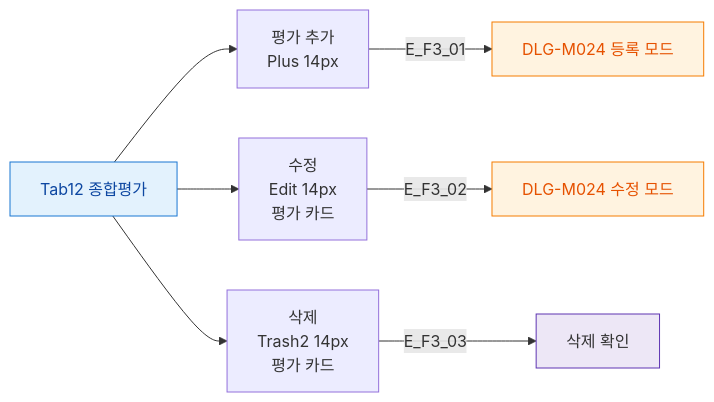
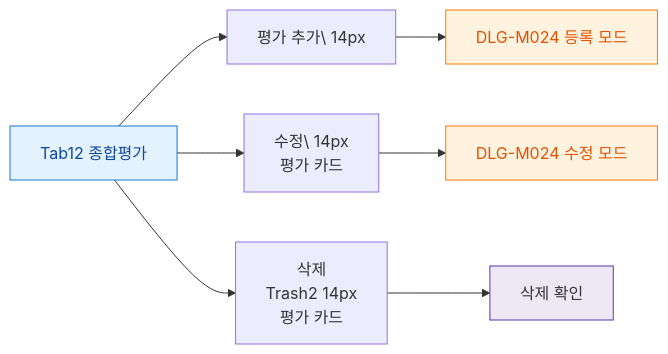
One commit to dev-spogym/admin-pando changed the diagram in docs/다이어그램/D02_회원관리/SCR-M004_회원상세/Tab12_종합평가/F3_버튼액션.md. Above: the diagram before and after it, drawn with Mermaid. The commit also changed other lines of this file and 1660 other files, not shown here.

First line of the commit message:
다이어그램: 기획자/클라이언트 납품본으로 정리

````diff
--- a/docs/다이어그램/D02_회원관리/SCR-M004_회원상세/Tab12_종합평가/F3_버튼액션.md
+++ b/docs/다이어그램/D02_회원관리/SCR-M004_회원상세/Tab12_종합평가/F3_버튼액션.md
@@ -22,17 +20,17 @@
 ```mermaid
 flowchart LR
-  TAB[Tab12 종합평가] --> B1[평가 추가\nPlus 14px]
-  TAB --> B2[수정\nEdit 14px\n평가 카드]
+  TAB[Tab12 종합평가] --> B1[평가 추가\ 14px]
+  TAB --> B2[수정\ 14px\n평가 카드]
   TAB --> B3[삭제\nTrash2 14px\n평가 카드]
 
-  B1 -->|E_F3_01| DLG_M024[DLG-M024 등록 모드]
-  B2 -->|E_F3_02| EDIT_DLG[DLG-M024 수정 모드]
-  B3 -->|E_F3_03| DEL_CONFIRM[삭제 확인]
+  B1 --> DLG_M024[DLG-M024 등록 모드]
+  B2 --> EDIT_DLG[DLG-M024 수정 모드]
+  B3 --> DEL_CONFIRM[삭제 확인]
 
   classDef screen fill:#E3F2FD,stroke:#1976D2,color:#0D47A1
   classDef modal fill:#FFF3E0,stroke:#F57C00,color:#E65100
   classDef system fill:#EDE7F6,stroke:#5E35B2
   class TAB screen
   class DLG_M024,EDIT_DLG modal
   class DEL_CONFIRM system
 ```
````
